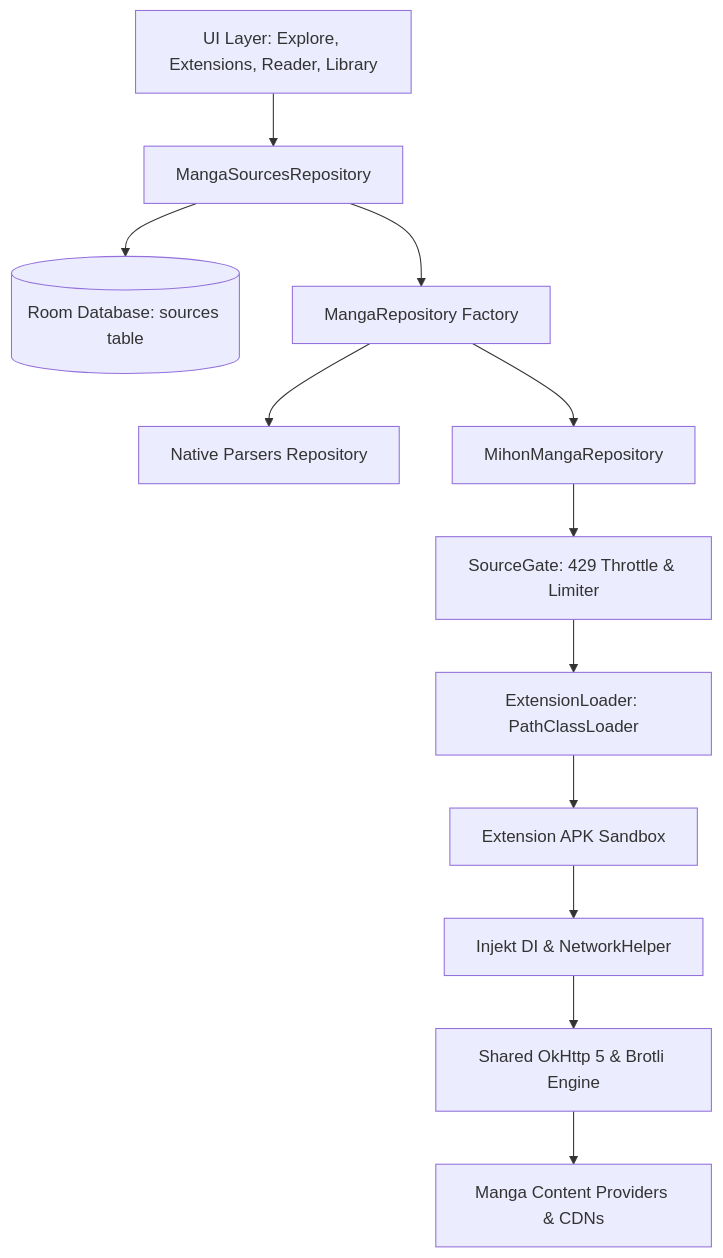
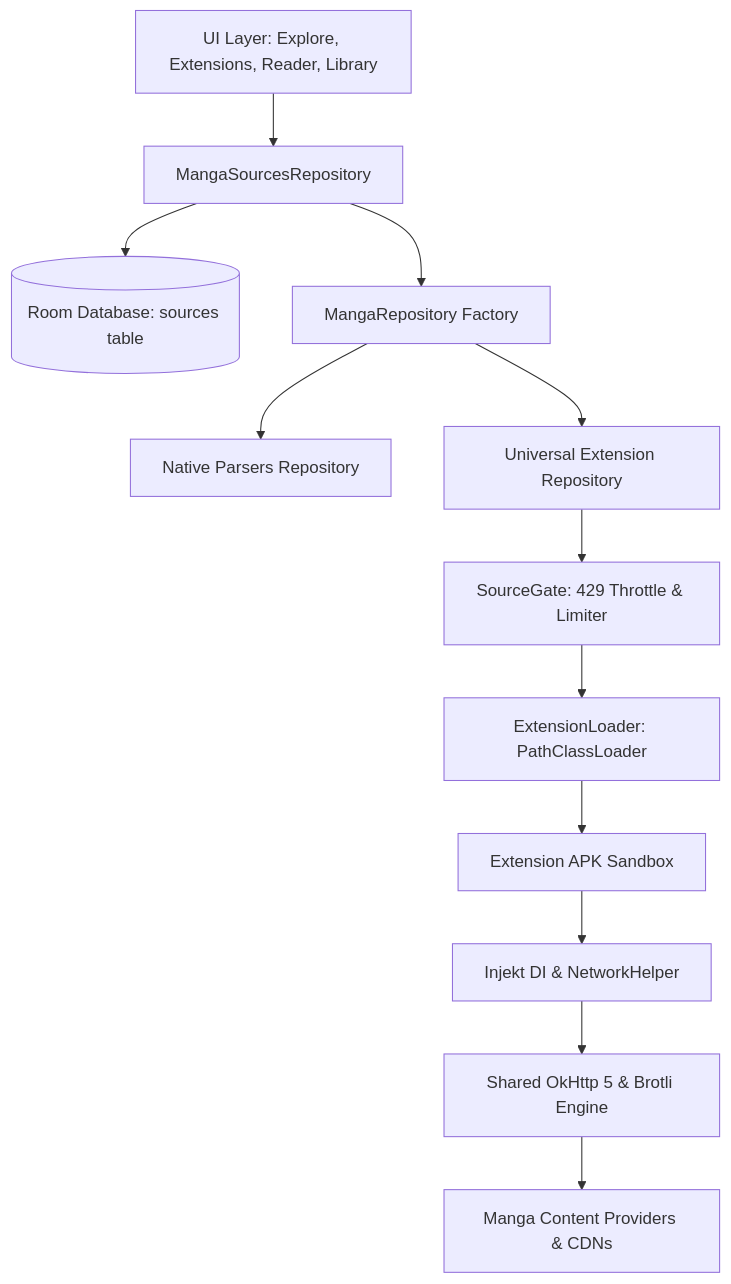
Before and after one commit to zeravrix/ZERAVRIX-Phone: the diagram in README.md, drawn with Mermaid. The commit also changed other lines of this file and 11 other files, not shown here.

Commit message:
Step 5: connect registry to Room, sync extension sources, unify source equality, remove obsolete preference storage, and universalize terminology

````diff
--- a/README.md
+++ b/README.md
@@ -65,17 +65,17 @@
 ```mermaid
 graph TD
     UI[UI Layer: Explore, Extensions, Reader, Library] --> SourcesRepo[MangaSourcesRepository]
     SourcesRepo --> RoomDB[(Room Database: sources table)]
     SourcesRepo --> Factory[MangaRepository Factory]
     
     Factory --> NativeParsers[Native Parsers Repository]
-    Factory --> MihonRepo[MihonMangaRepository]
+    Factory --> ExtRepo[Universal Extension Repository]
     
-    MihonRepo --> SourceGate[SourceGate: 429 Throttle & Limiter]
+    ExtRepo --> SourceGate[SourceGate: 429 Throttle & Limiter]
     SourceGate --> ExtLoader[ExtensionLoader: PathClassLoader]
     ExtLoader --> ExtAPK[Extension APK Sandbox]
     
     ExtAPK --> Injekt[Injekt DI & NetworkHelper]
     Injekt --> OkHttp[Shared OkHttp 5 & Brotli Engine]
     OkHttp --> Internet[Manga Content Providers & CDNs]
 ```
````
